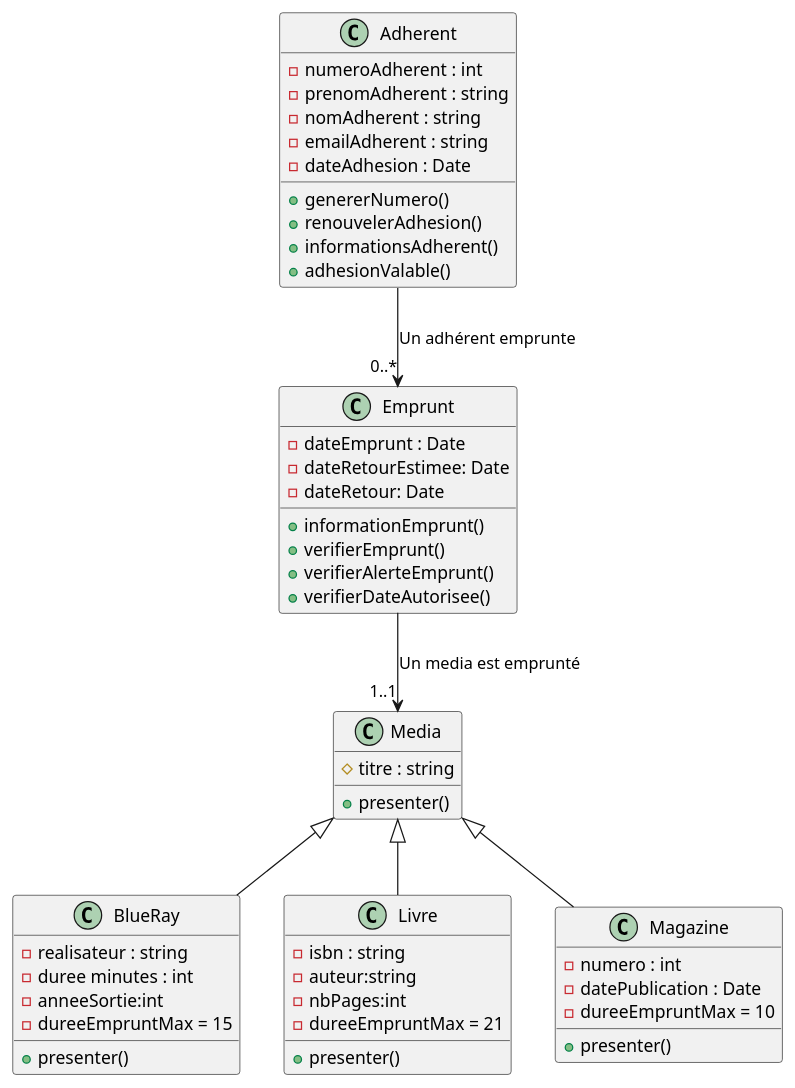
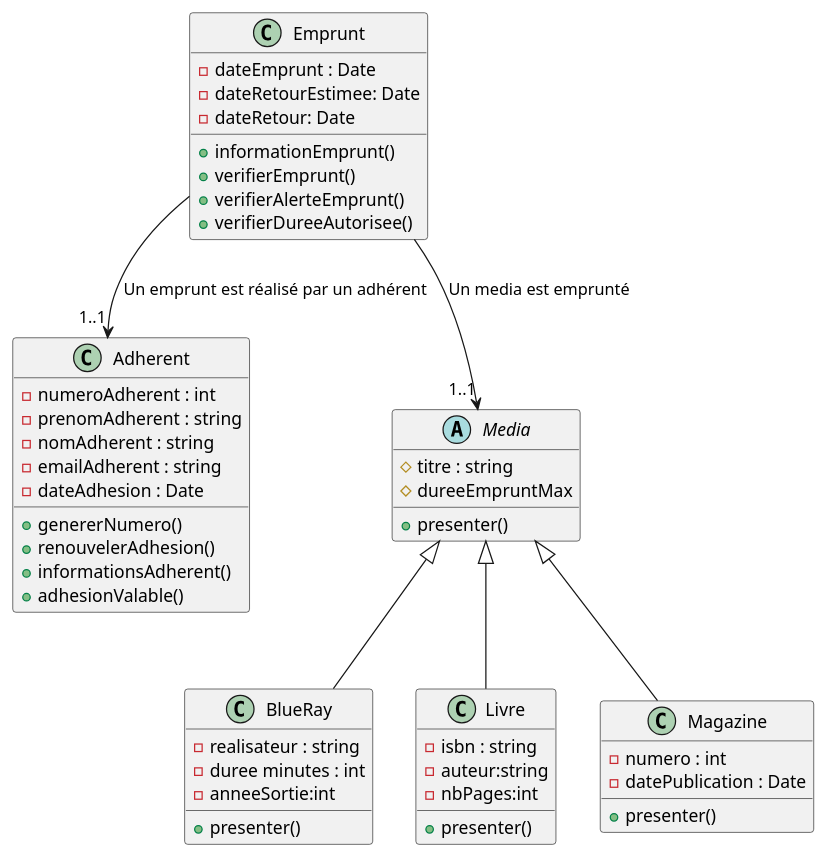
Before and after one commit to mutulus/php-bibliotheque: the diagram in documentation/diagrammeClasse.puml, drawn with PlantUML. The commit also changed 9 other files, not shown here.

```diff
--- a/documentation/diagrammeClasse.puml
+++ b/documentation/diagrammeClasse.puml
@@ -1,62 +1,63 @@
 @startuml
 'https://plantuml.com/sequence-diagram
 Class Adherent{
     -numeroAdherent : int
     -prenomAdherent : string
     -nomAdherent : string
     -emailAdherent : string
     -dateAdhesion : Date
     +genererNumero()
     +renouvelerAdhesion()
     +informationsAdherent()
     +adhesionValable()
 
 }
-Class Media{
+Abstract Class Media{
     #titre : string
+    #dureeEmpruntMax
     +presenter()
 }
 Class BlueRay{
     -realisateur : string
     -duree minutes : int
     -anneeSortie:int
-    -dureeEmpruntMax = 15
+
     +presenter()
 
 }
 
 Class Livre{
     -isbn : string
     -auteur:string
     -nbPages:int
-    -dureeEmpruntMax = 21
+
     +presenter()
 
 }
 
 Class Magazine{
     -numero : int
     -datePublication : Date
-    -dureeEmpruntMax = 10
+
     +presenter()
 
 }
 
 Class Emprunt{
     -dateEmprunt : Date
     -dateRetourEstimee: Date
     -dateRetour: Date
     +informationEmprunt()
     +verifierEmprunt()
     +verifierAlerteEmprunt()
-    +verifierDateAutorisee()
+    +verifierDureeAutorisee()
 }
 Media <|-- Livre
 Media <|-- BlueRay
 Media <|-- Magazine
 
-Emprunt --> "1..1" Media : Un media est emprunté
-Adherent --> "0..*" Emprunt : Un adhérent emprunte
+Emprunt  --> "1..1" Media : Un media est emprunté
+Emprunt --> "1..1" Adherent : Un emprunt est réalisé par un adhérent
 
 
 @enduml
```
